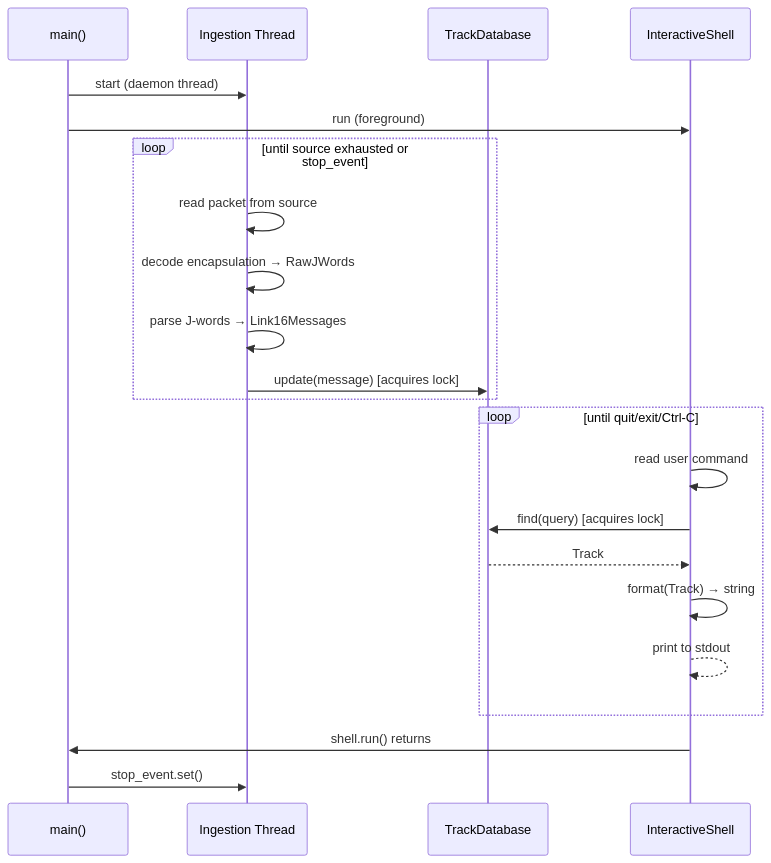
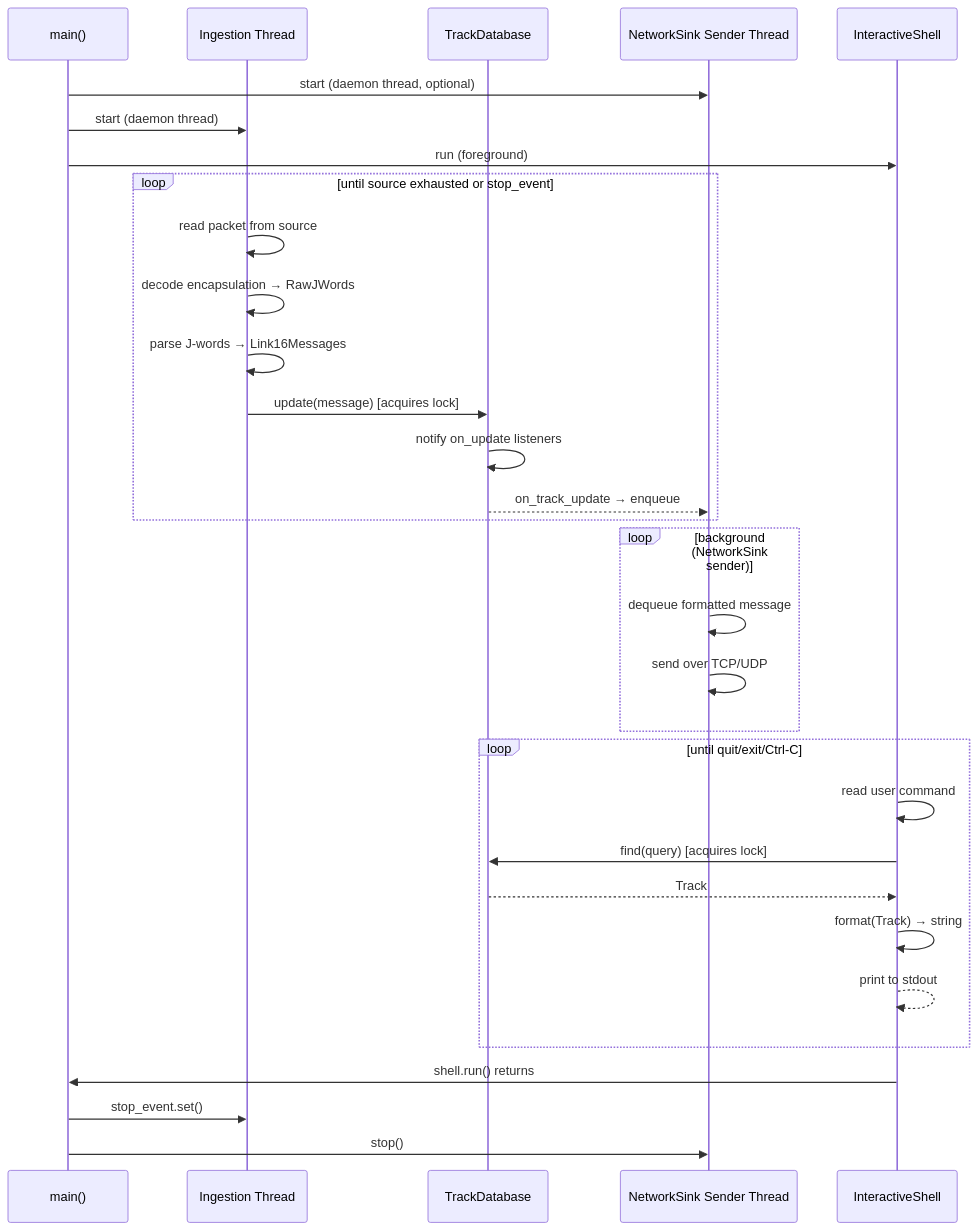
The fourth of 5 diagrams in ARCHITECTURE.md (tellerj/parser), drawn with Mermaid before and after one commit. The commit also changed other lines of this file and 30 other files, not shown here.

First line of the commit message:
Rename to link16-parser, add network streaming, port filter, and track lifecycle

````diff
--- a/ARCHITECTURE.md
+++ b/ARCHITECTURE.md
@@ -100,28 +147,38 @@
 ```mermaid
 sequenceDiagram
     participant Main as main()
     participant Ingest as Ingestion Thread
     participant DB as TrackDatabase
+    participant NetSink as NetworkSink Sender Thread
     participant Shell as InteractiveShell
 
+    Main->>NetSink: start (daemon thread, optional)
     Main->>Ingest: start (daemon thread)
     Main->>Shell: run (foreground)
 
     loop until source exhausted or stop_event
         Ingest->>Ingest: read packet from source
         Ingest->>Ingest: decode encapsulation → RawJWords
         Ingest->>Ingest: parse J-words → Link16Messages
         Ingest->>DB: update(message) [acquires lock]
+        DB->>DB: notify on_update listeners
+        DB-->>NetSink: on_track_update → enqueue
+    end
+
+    loop background (NetworkSink sender)
+        NetSink->>NetSink: dequeue formatted message
+        NetSink->>NetSink: send over TCP/UDP
     end
 
     loop until quit/exit/Ctrl-C
         Shell->>Shell: read user command
         Shell->>DB: find(query) [acquires lock]
         DB-->>Shell: Track
         Shell->>Shell: format(Track) → string
         Shell-->>Shell: print to stdout
     end
 
     Shell->>Main: shell.run() returns
     Main->>Ingest: stop_event.set()
+    Main->>NetSink: stop()
 ```
````
